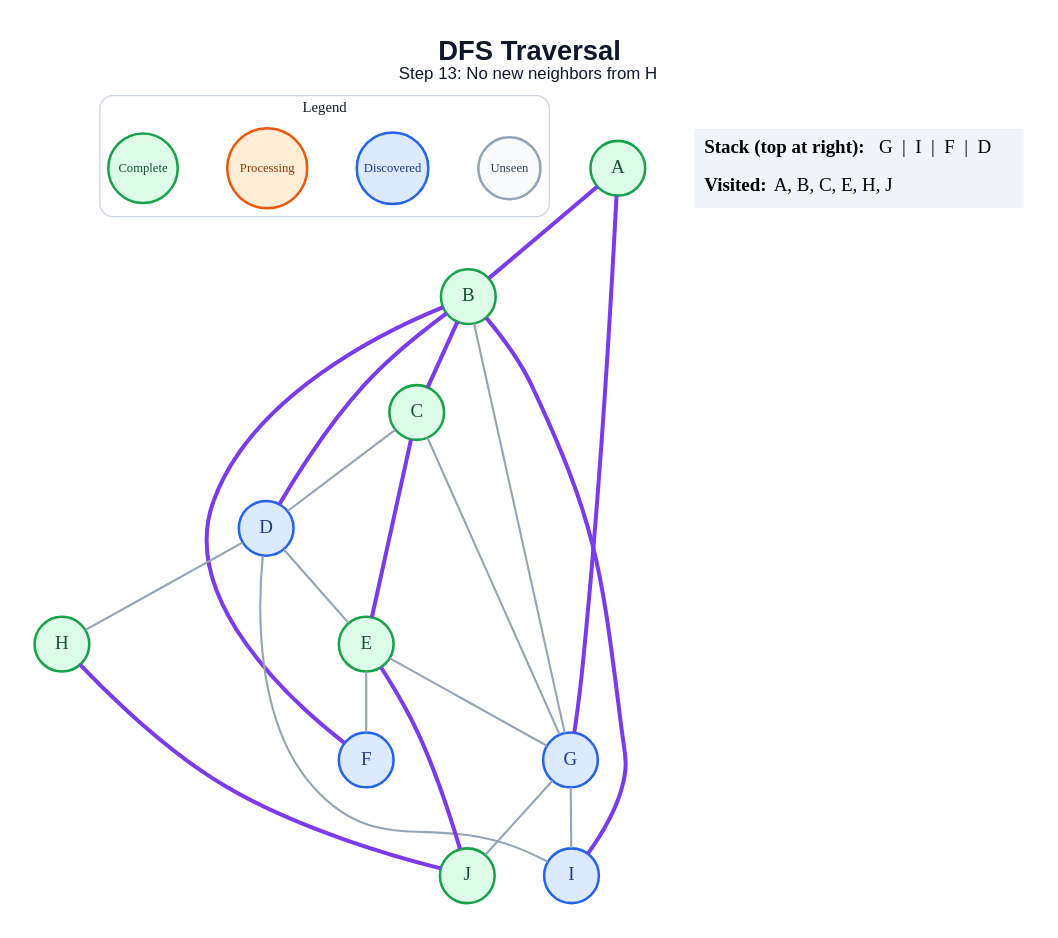
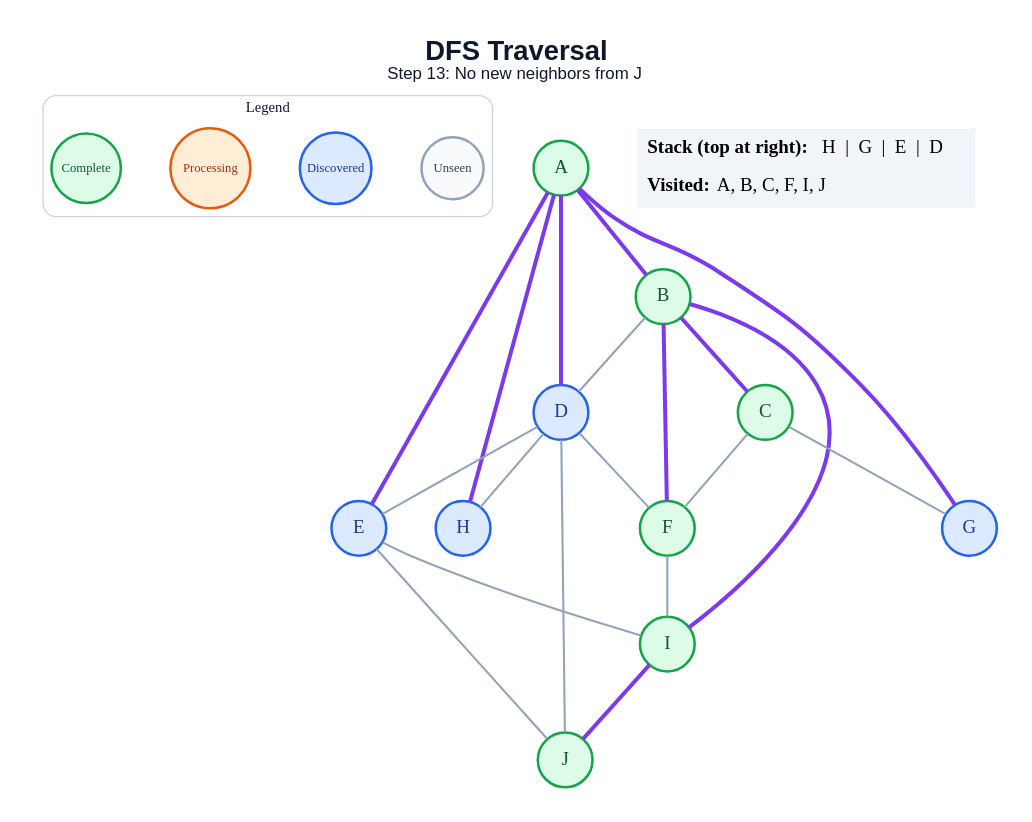
The diagram in generated/dfs/step_13.dot (anon7238593-create/ai-slop), drawn with Graphviz before and after one commit. The commit also changed 171 other files, not shown here.

```diff
--- a/generated/dfs/step_13.dot
+++ b/generated/dfs/step_13.dot
@@ -1,48 +1,48 @@
 graph traversal {
   graph [layout=dot, rankdir=TB, bgcolor="#FFFFFF", pad="0.35", nodesep="0.65", ranksep="0.8", fontname="Arial"];
   node [shape=circle, style="filled", fontname="Arial Bold", fontsize=18, width=0.72, fixedsize=true, penwidth=2.4];
   edge [color="#94A3B8", penwidth=2.0];
-  label=<<B>DFS Traversal</B><BR/><FONT POINT-SIZE="16">Step 13: No new neighbors from H</FONT>>; labelloc="t"; fontsize=26; fontname="Arial"; fontcolor="#0F172A";
+  label=<<B>DFS Traversal</B><BR/><FONT POINT-SIZE="16">Step 13: No new neighbors from J</FONT>>; labelloc="t"; fontsize=26; fontname="Arial"; fontcolor="#0F172A";
   subgraph cluster_legend { label="Legend"; color="#CBD5E1"; penwidth=1.2; style="rounded"; fontsize=14; fontname="Arial Bold";
     key_unseen [label="Unseen", fillcolor="#F8FAFC", color="#94A3B8", fontcolor="#334155", fontsize=12, width=0.82];
     key_frontier [label="Discovered", fillcolor="#DBEAFE", color="#2563EB", fontcolor="#1E3A8A", fontsize=12, width=0.95];
     key_current [label="Processing", fillcolor="#FFEDD5", color="#EA580C", fontcolor="#9A3412", fontsize=12, width=1.05];
     key_done [label="Complete", fillcolor="#DCFCE7", color="#16A34A", fontcolor="#14532D", fontsize=12, width=0.92];
     { rank=same; key_unseen; key_frontier; key_current; key_done; }
   }
   A [fillcolor="#DCFCE7", color="#16A34A", fontcolor="#14532D"];
   B [fillcolor="#DCFCE7", color="#16A34A", fontcolor="#14532D"];
   C [fillcolor="#DCFCE7", color="#16A34A", fontcolor="#14532D"];
   D [fillcolor="#DBEAFE", color="#2563EB", fontcolor="#1E3A8A"];
-  E [fillcolor="#DCFCE7", color="#16A34A", fontcolor="#14532D"];
-  F [fillcolor="#DBEAFE", color="#2563EB", fontcolor="#1E3A8A"];
+  E [fillcolor="#DBEAFE", color="#2563EB", fontcolor="#1E3A8A"];
+  F [fillcolor="#DCFCE7", color="#16A34A", fontcolor="#14532D"];
   G [fillcolor="#DBEAFE", color="#2563EB", fontcolor="#1E3A8A"];
-  H [fillcolor="#DCFCE7", color="#16A34A", fontcolor="#14532D"];
-  I [fillcolor="#DBEAFE", color="#2563EB", fontcolor="#1E3A8A"];
+  H [fillcolor="#DBEAFE", color="#2563EB", fontcolor="#1E3A8A"];
+  I [fillcolor="#DCFCE7", color="#16A34A", fontcolor="#14532D"];
   J [fillcolor="#DCFCE7", color="#16A34A", fontcolor="#14532D"];
   A -- B [color="#7C3AED", penwidth=3.8];
+  A -- D [color="#7C3AED", penwidth=3.8];
+  A -- E [color="#7C3AED", penwidth=3.8];
   A -- G [color="#7C3AED", penwidth=3.8];
+  A -- H [color="#7C3AED", penwidth=3.8];
   B -- C [color="#7C3AED", penwidth=3.8];
-  B -- D [color="#7C3AED", penwidth=3.8];
+  B -- D;
   B -- F [color="#7C3AED", penwidth=3.8];
-  B -- G;
   B -- I [color="#7C3AED", penwidth=3.8];
-  C -- D;
-  C -- E [color="#7C3AED", penwidth=3.8];
+  C -- F;
   C -- G;
   D -- E;
+  D -- F;
   D -- H;
-  D -- I;
-  E -- F;
-  E -- G;
-  E -- J [color="#7C3AED", penwidth=3.8];
-  G -- I;
-  G -- J;
-  H -- J [color="#7C3AED", penwidth=3.8];
+  D -- J;
+  E -- I;
+  E -- J;
+  F -- I;
+  I -- J [color="#7C3AED", penwidth=3.8];
   status [shape=plain, fixedsize=false, width=0, height=0, margin=0, label=<
     <TABLE BORDER="0" CELLBORDER="0" CELLPADDING="7" BGCOLOR="#F1F5F9">
-      <TR><TD ALIGN="LEFT"><B>Stack (top at right):</B> G  |  I  |  F  |  D</TD></TR>
-      <TR><TD ALIGN="LEFT"><B>Visited:</B> A, B, C, E, H, J</TD></TR>
+      <TR><TD ALIGN="LEFT"><B>Stack (top at right):</B> H  |  G  |  E  |  D</TD></TR>
+      <TR><TD ALIGN="LEFT"><B>Visited:</B> A, B, C, F, I, J</TD></TR>
     </TABLE>
   >];
 }
```
